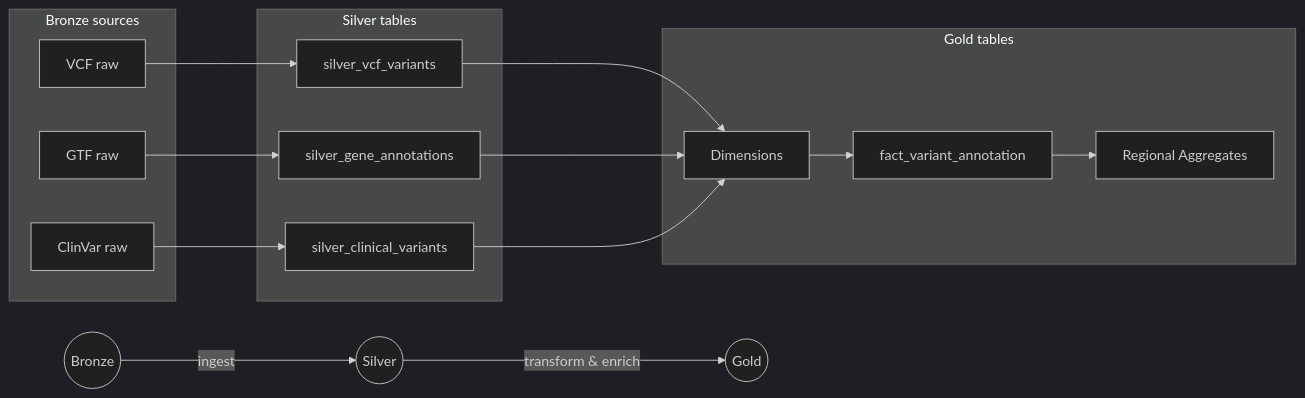
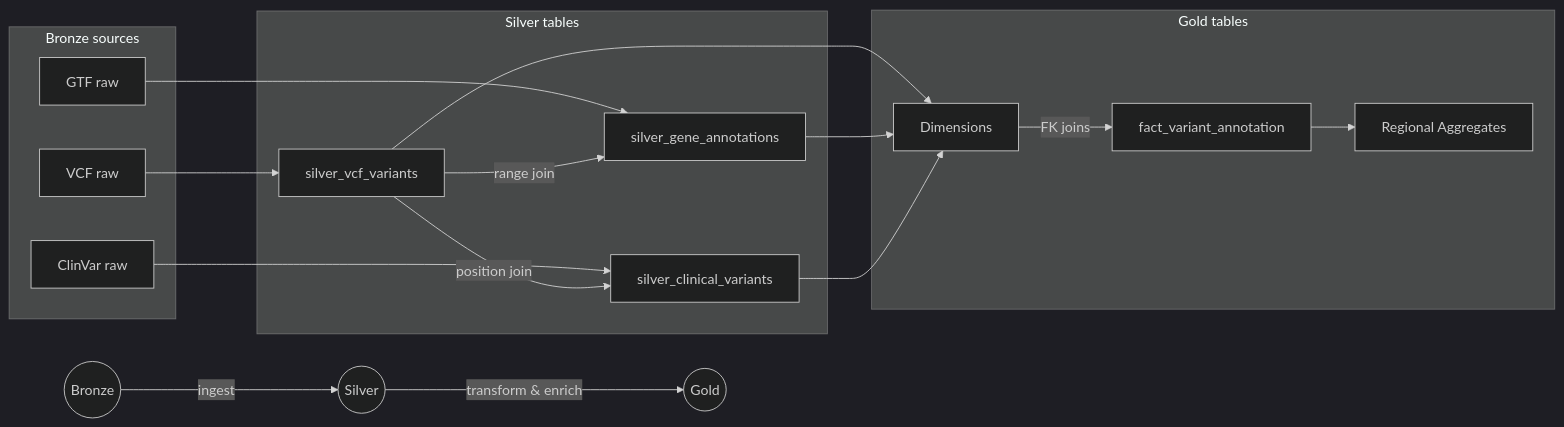
Before and after one commit to Manasa0512/Databricks: the second of 3 diagrams in pipeline_diagram.md, drawn with Mermaid.

````diff
--- a/pipeline_diagram.md
+++ b/pipeline_diagram.md
@@ -268,33 +268,37 @@
 ```mermaid
 %%{init: {"theme":"dark"}}%%
 flowchart LR
   Bronze((Bronze)) -->|ingest| Silver((Silver))
   Silver -->|transform & enrich| Gold((Gold))
 
   subgraph BronzeSrc [Bronze sources]
     b_vcf[VCF raw]
     b_gtf[GTF raw]
     b_clin[ClinVar raw]
   end
 
   subgraph SilverOps [Silver tables]
     s_vcf[silver_vcf_variants]
     s_gtf[silver_gene_annotations]
     s_clin[silver_clinical_variants]
   end
 
   subgraph GoldOps [Gold tables]
     dim[Dimensions]
     fact[fact_variant_annotation]
     agg[Regional Aggregates]
   end
 
   b_vcf --> s_vcf
   b_gtf --> s_gtf
   b_clin --> s_clin
+
+  s_vcf -->|range join| s_gtf
+  s_vcf -->|position join| s_clin
+
   s_vcf --> dim
   s_gtf --> dim
   s_clin --> dim
-  dim --> fact
+  dim -->|FK joins| fact
   fact --> agg
 ```
````
